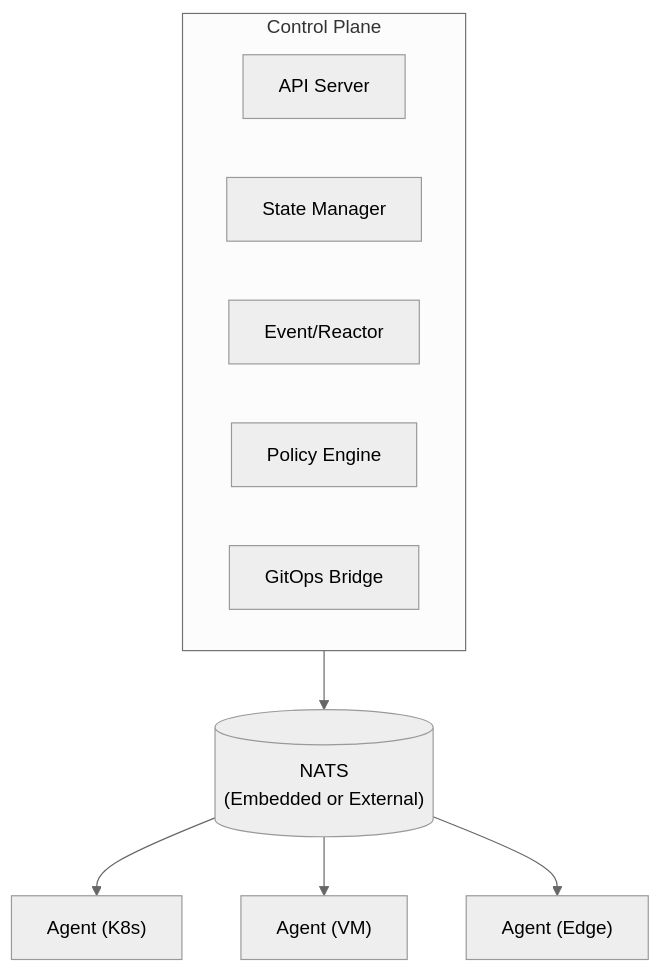
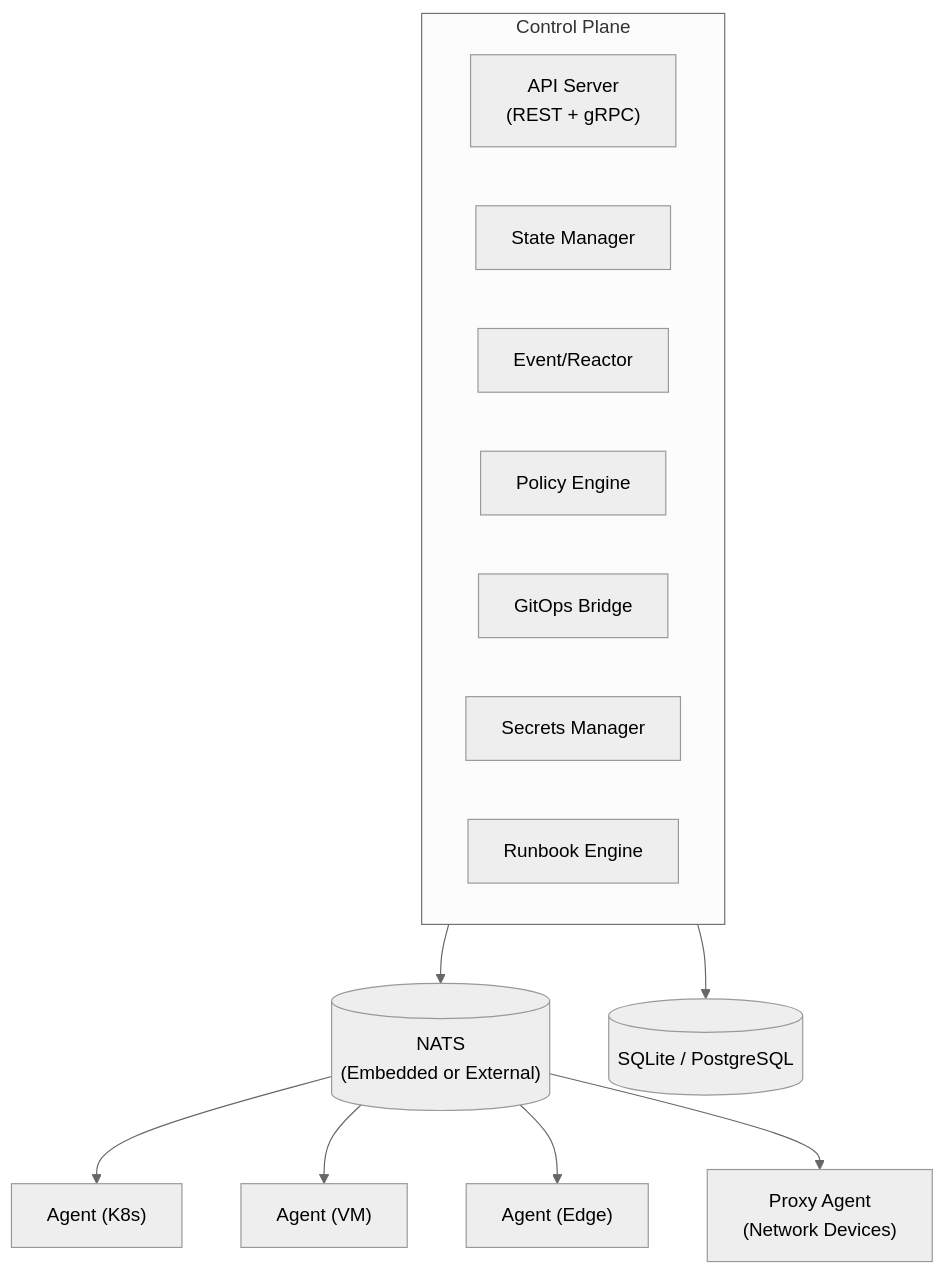
The diagram in README.md (Spicer-Creek-Solutions-LLC/keystone-core), drawn with Mermaid (neutral theme) before and after one commit. The commit also changed other lines of this file, not shown here.

````diff
--- a/README.md
+++ b/README.md
@@ -152,18 +202,23 @@
 ```mermaid
 flowchart TB
     subgraph CP["Control Plane"]
-        API["API Server"]
+        API["API Server\n(REST + gRPC)"]
         State["State Manager"]
         Event["Event/Reactor"]
         Policy["Policy Engine"]
         GitOps["GitOps Bridge"]
+        Secrets["Secrets Manager"]
+        Runbook["Runbook Engine"]
     end
 
     NATS[("NATS\n(Embedded or External)")]
+    Store[("SQLite / PostgreSQL")]
 
     CP --> NATS
+    CP --> Store
 
     NATS --> A1["Agent (K8s)"]
     NATS --> A2["Agent (VM)"]
     NATS --> A3["Agent (Edge)"]
+    NATS --> P1["Proxy Agent\n(Network Devices)"]
 ```
````
